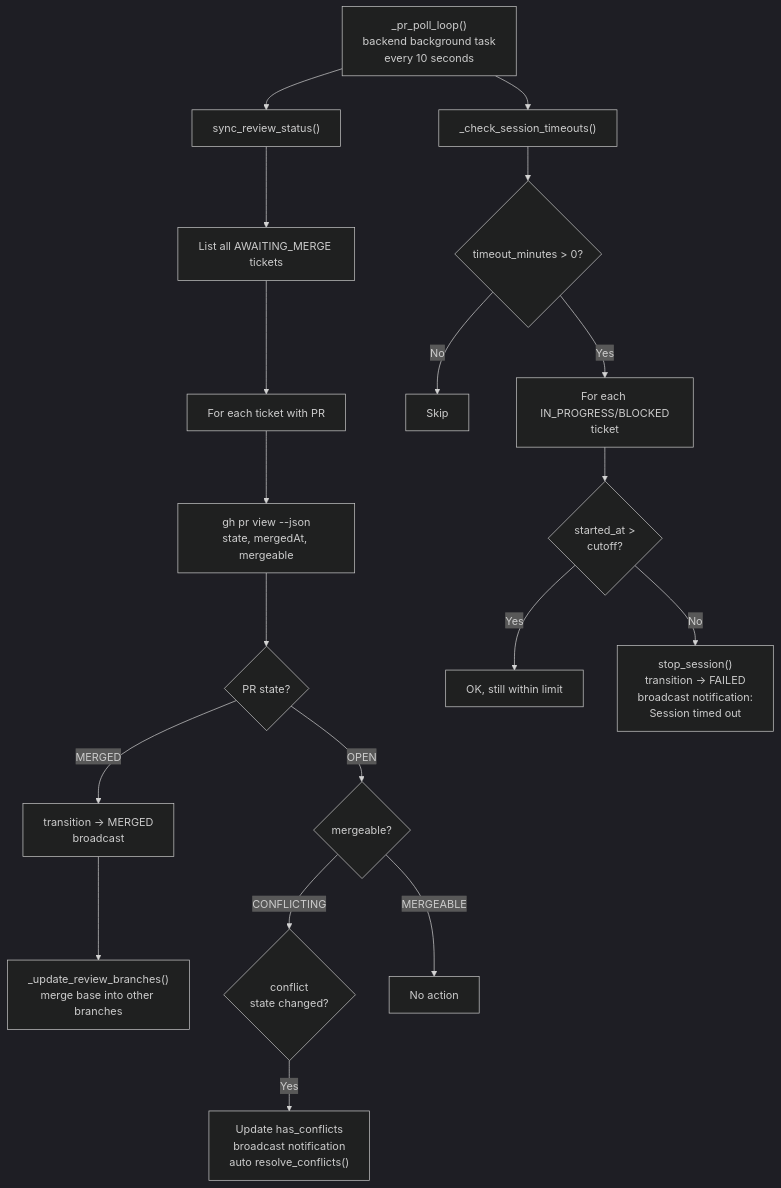
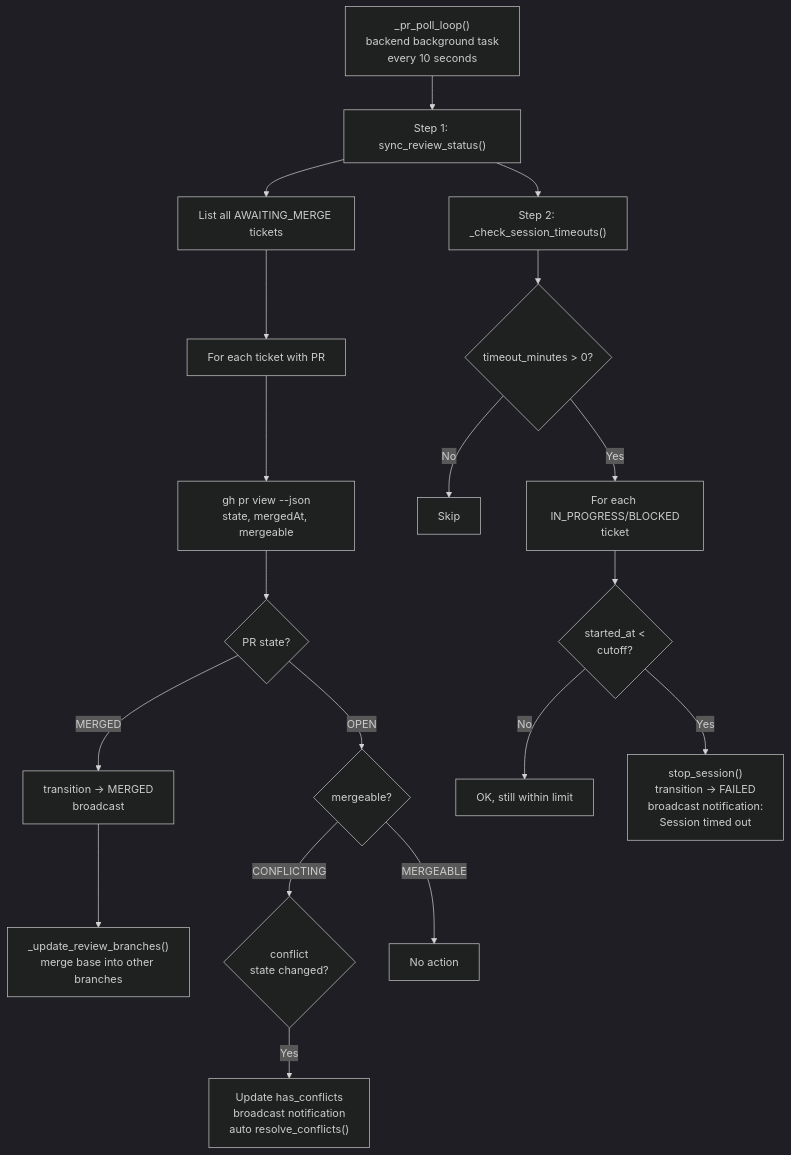
One commit to minyic7/claude-hub changed the ninth of 12 diagrams in docs/kanban-flowchart.md. Above: the diagram before and after it, drawn with Mermaid (dark theme).

Commit message:
Fix Diagram 9: correct timeout condition label and serial structure
- Fix started_at comparison: `> cutoff` → `< cutoff` (earlier = timed out)
- Change timeout check to flow from sync step (serial) instead of root node (parallel)
- Add Step 1/Step 2 labels for clarity

````diff
--- a/docs/kanban-flowchart.md
+++ b/docs/kanban-flowchart.md
@@ -260,25 +260,25 @@
 ```mermaid
 flowchart TD
-    A["_pr_poll_loop()\nbackend background task\nevery 10 seconds"] --> B["sync_review_status()"]
+    A["_pr_poll_loop()\nbackend background task\nevery 10 seconds"] --> B["Step 1: sync_review_status()"]
     B --> C["List all AWAITING_MERGE tickets"]
 
     C --> D["For each ticket with PR"]
     D --> E["gh pr view --json\nstate, mergedAt, mergeable"]
     E --> F{PR state?}
 
     F -- MERGED --> G["transition → MERGED\nbroadcast"]
     G --> H["_update_review_branches()\nmerge base into other branches"]
 
     F -- OPEN --> I{mergeable?}
     I -- CONFLICTING --> J{conflict\nstate changed?}
     J -- Yes --> K["Update has_conflicts\nbroadcast notification\nauto resolve_conflicts()"]
     I -- MERGEABLE --> L["No action"]
 
-    A --> M["_check_session_timeouts()"]
+    B --> M["Step 2: _check_session_timeouts()"]
     M --> N{timeout_minutes > 0?}
     N -- No --> O["Skip"]
     N -- Yes --> P["For each IN_PROGRESS/BLOCKED\nticket"]
-    P --> Q{started_at >\ncutoff?}
-    Q -- Yes --> R["OK, still within limit"]
-    Q -- No --> S["stop_session()\ntransition → FAILED\nbroadcast notification:\nSession timed out"]
+    P --> Q{started_at <\ncutoff?}
+    Q -- No --> R["OK, still within limit"]
+    Q -- Yes --> S["stop_session()\ntransition → FAILED\nbroadcast notification:\nSession timed out"]
 ```
````
